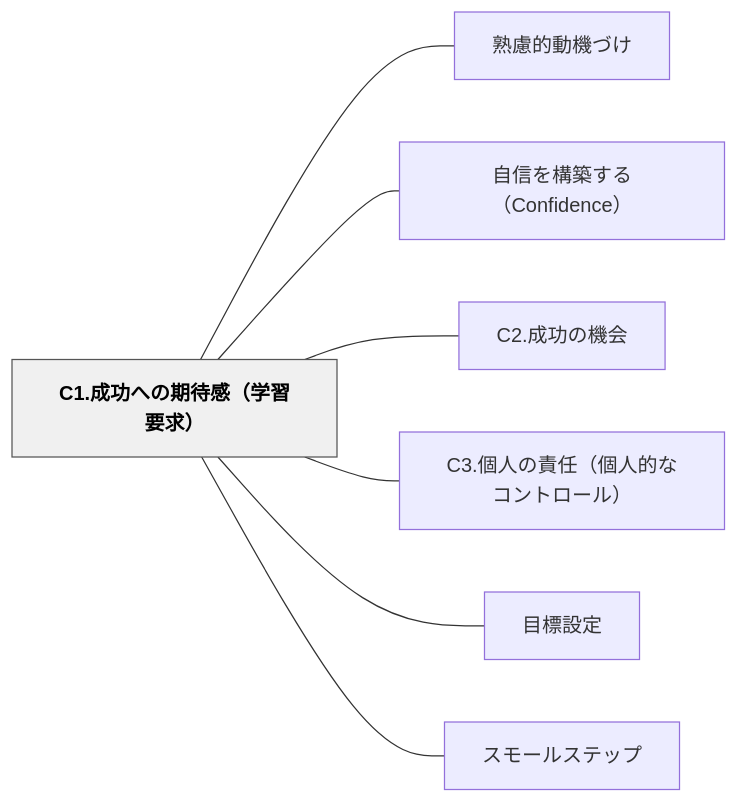
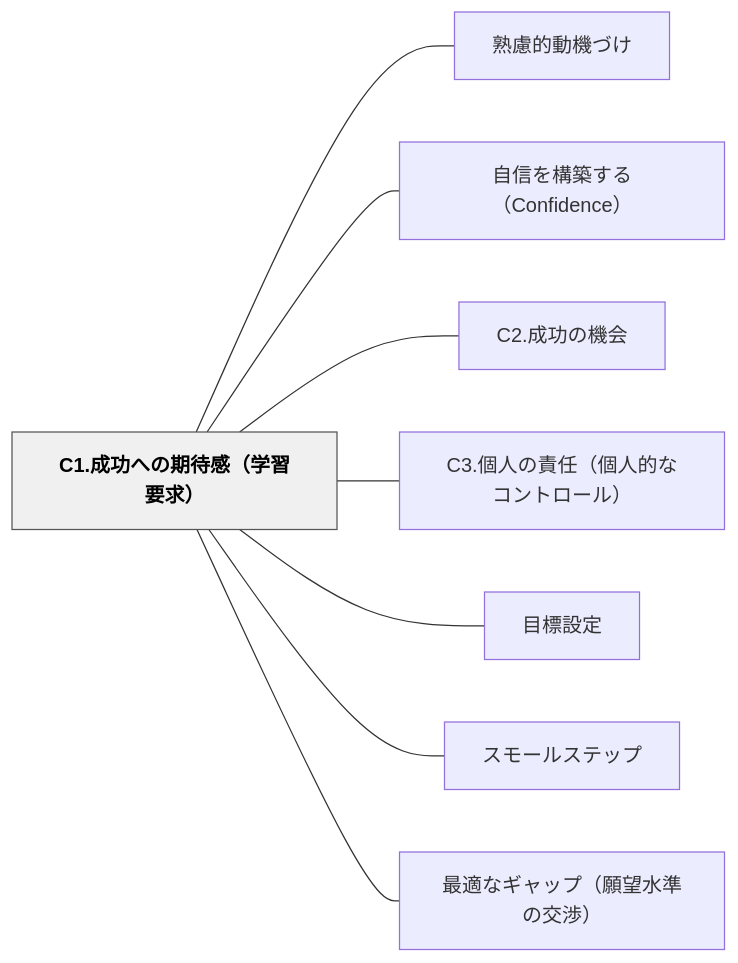
One commit to unknownthings-ed-patterns/unknownthings-ed-patterns changed the diagram in content/パタン/C1.成功への期待感（学習要求）.md. Above: the diagram before and after it, drawn with Mermaid. The commit also changed other lines of this file and 42 other files, not shown here.

````diff
--- a/content/パタン/C1.成功への期待感（学習要求）.md
+++ b/content/パタン/C1.成功への期待感（学習要求）.md
@@ -37,20 +37,22 @@
 ```mermaid
 flowchart LR
     n43312ee68890e58a9fe381b8e381aee69c9fe5be85e6849fefbc88e5ada6e7bf92e8a681e6b182efbc89["C1.成功への期待感（学習要求）"]
     ne7869fe685aee79a84e58b95e6a99fe381a5e38191["熟慮的動機づけ"]
     ne887aae4bfa1e38292e6a78be7af89e38199e3828befbc88436f6e666964656e6365efbc89["自信を構築する（Confidence）"]
     n43322ee68890e58a9fe381aee6a99fe4bc9a["C2.成功の機会"]
     n43332ee5808be4babae381aee8b2ace4bbbbefbc88e5808be4babae79a84e381aae382b3e383b3e38388e383ade383bce383abefbc89["C3.個人の責任（個人的なコントロール）"]
     ne79baee6a899e8a8ade5ae9a["目標設定"]
     ne382b9e383a2e383bce383abe382b9e38386e38383e38397["スモールステップ"]
+    ne69c80e981a9e381aae382aee383a3e38383e38397efbc88e9a198e69c9be6b0b4e6ba96e381aee4baa4e6b889efbc89["最適なギャップ（願望水準の交渉）"]
 
     n43312ee68890e58a9fe381b8e381aee69c9fe5be85e6849fefbc88e5ada6e7bf92e8a681e6b182efbc89 --- ne7869fe685aee79a84e58b95e6a99fe381a5e38191
     n43312ee68890e58a9fe381b8e381aee69c9fe5be85e6849fefbc88e5ada6e7bf92e8a681e6b182efbc89 --- ne887aae4bfa1e38292e6a78be7af89e38199e3828befbc88436f6e666964656e6365efbc89
     n43312ee68890e58a9fe381b8e381aee69c9fe5be85e6849fefbc88e5ada6e7bf92e8a681e6b182efbc89 --- n43322ee68890e58a9fe381aee6a99fe4bc9a
     n43312ee68890e58a9fe381b8e381aee69c9fe5be85e6849fefbc88e5ada6e7bf92e8a681e6b182efbc89 --- n43332ee5808be4babae381aee8b2ace4bbbbefbc88e5808be4babae79a84e381aae382b3e383b3e38388e383ade383bce383abefbc89
     n43312ee68890e58a9fe381b8e381aee69c9fe5be85e6849fefbc88e5ada6e7bf92e8a681e6b182efbc89 --- ne79baee6a899e8a8ade5ae9a
     n43312ee68890e58a9fe381b8e381aee69c9fe5be85e6849fefbc88e5ada6e7bf92e8a681e6b182efbc89 --- ne382b9e383a2e383bce383abe382b9e38386e38383e38397
+    n43312ee68890e58a9fe381b8e381aee69c9fe5be85e6849fefbc88e5ada6e7bf92e8a681e6b182efbc89 --- ne69c80e981a9e381aae382aee383a3e38383e38397efbc88e9a198e69c9be6b0b4e6ba96e381aee4baa4e6b889efbc89
 
     classDef hub fill:#f0f0f0,stroke:#555,color:#000,font-weight:bold
     class n43312ee68890e58a9fe381b8e381aee69c9fe5be85e6849fefbc88e5ada6e7bf92e8a681e6b182efbc89 hub
 ```
````
